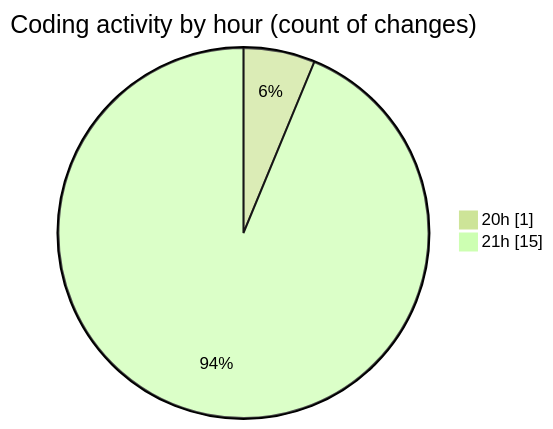
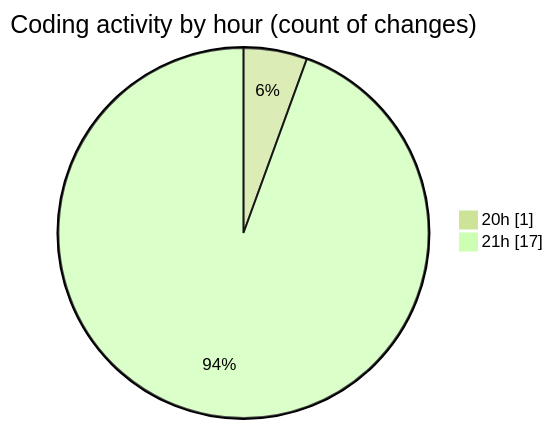
One commit to Ritupan-Deka/code-tracking changed the second of 2 diagrams in 2025-02-15/0starter_files/README.md. Above: the diagram before and after it, drawn with Mermaid (forest theme). The commit also changed other lines of this file and 1 other file, not shown here.

````diff
--- a/2025-02-15/0starter_files/README.md
+++ b/2025-02-15/0starter_files/README.md
@@ -28,6 +28,6 @@
 ```mermaid
 pie showData
 title Coding activity by hour (count of changes)
 "20h" : 1
-"21h" : 15
+"21h" : 17
 ```
````
